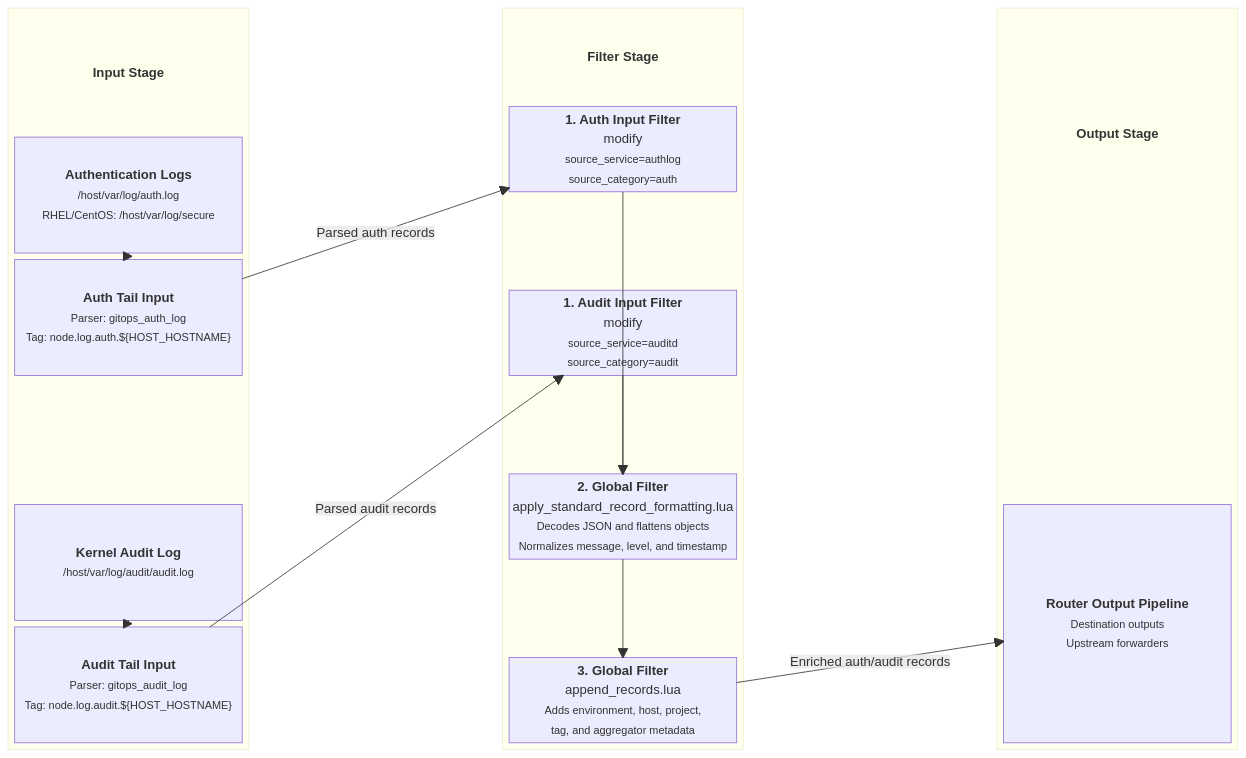
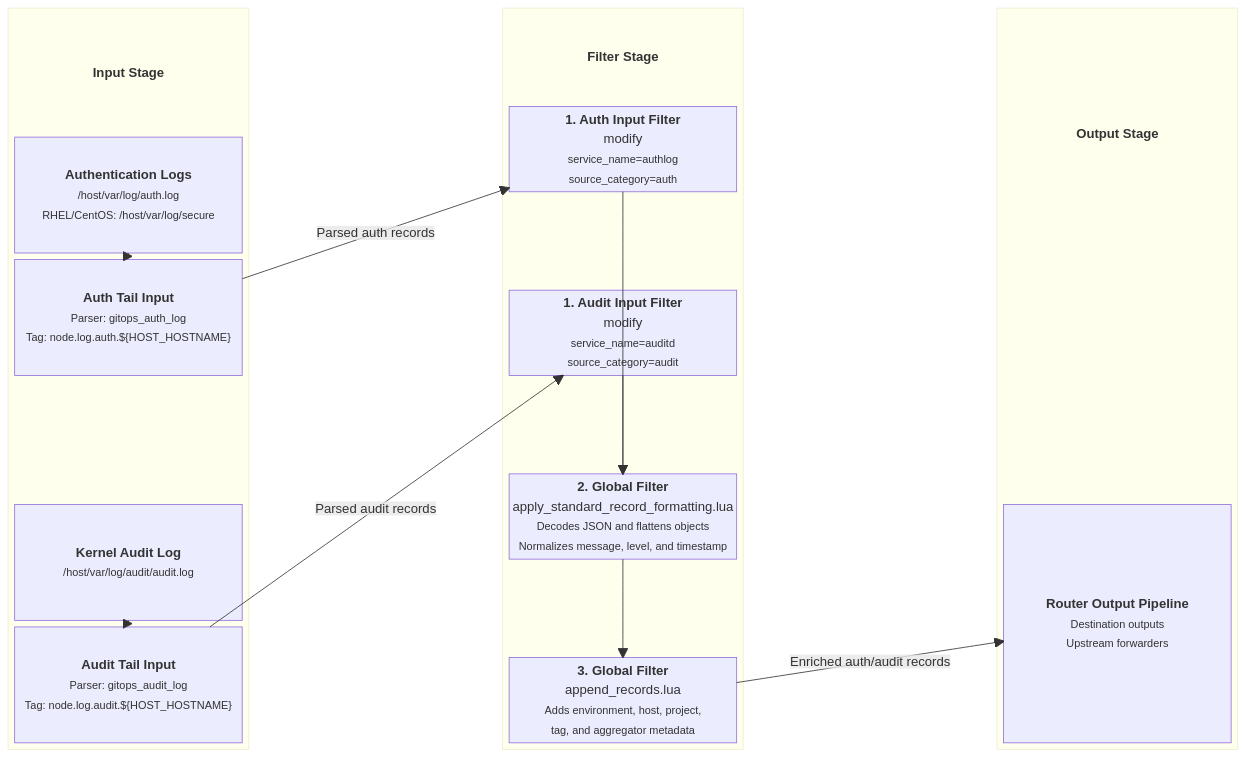
One commit to Josh5/fluent-bit-router changed the diagram in docs/input-auth-audit.md. Above: the diagram before and after it, drawn with Mermaid. The commit also changed other lines of this file and 27 other files, not shown here.

````diff
--- a/docs/input-auth-audit.md
+++ b/docs/input-auth-audit.md
@@ -83,50 +83,50 @@
 ```mermaid
 block-beta
     columns 5
 
     block:InputStage
         columns 1
         InputTitle["<b>Input Stage</b>"]
         A["<b>Authentication Logs</b><br/><small>/host/var/log/auth.log<br/>RHEL/CentOS: /host/var/log/secure</small>"]
         B["<b>Auth Tail Input</b><br/><small>Parser: gitops_auth_log<br/>Tag: node.log.auth.${HOST_HOSTNAME}</small>"]
         space
         C["<b>Kernel Audit Log</b><br/><small>/host/var/log/audit/audit.log</small>"]
         D["<b>Audit Tail Input</b><br/><small>Parser: gitops_audit_log<br/>Tag: node.log.audit.${HOST_HOSTNAME}</small>"]
     end
 
     space
 
     block:FilterStage
         columns 1
         FilterTitle["<b>Filter Stage</b>"]
-        E["<b>1. Auth Input Filter</b><br/>modify<br/><small>source_service=authlog<br/>source_category=auth</small>"]
+        E["<b>1. Auth Input Filter</b><br/>modify<br/><small>service_name=authlog<br/>source_category=auth</small>"]
         space
-        F["<b>1. Audit Input Filter</b><br/>modify<br/><small>source_service=auditd<br/>source_category=audit</small>"]
+        F["<b>1. Audit Input Filter</b><br/>modify<br/><small>service_name=auditd<br/>source_category=audit</small>"]
         space
         G["<b>2. Global Filter</b><br/>apply_standard_record_formatting.lua<br/><small>Decodes JSON and flattens objects<br/>Normalizes message, level, and timestamp</small>"]
         space
         H["<b>3. Global Filter</b><br/>append_records.lua<br/><small>Adds environment, host, project,<br/>tag, and aggregator metadata</small>"]
     end
 
     space
 
     block:OutputStage
         columns 1
         OutputTitle["<b>Output Stage</b>"]
         space
         I["<b>Router Output Pipeline</b><br/><small>Destination outputs<br/>Upstream forwarders</small>"]
     end
 
     A --> B
     C --> D
     B -- "Parsed auth records" --> E
     D -- "Parsed audit records" --> F
     E --> G
     F --> G
     G --> H
     H -- "Enriched auth/audit records" --> I
 
     style InputTitle fill:none,stroke:none
     style FilterTitle fill:none,stroke:none
     style OutputTitle fill:none,stroke:none
 ```
````
